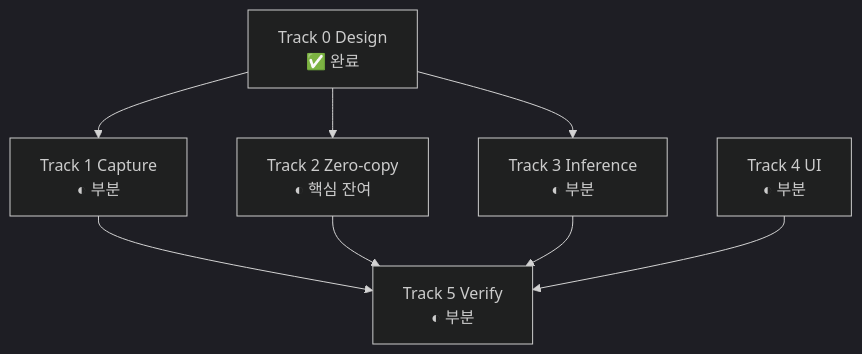
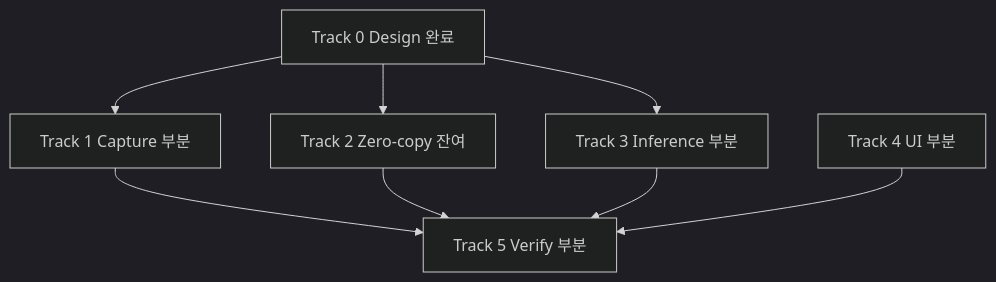
Before and after one commit to NAMUORI00/display-share: the diagram in 개발-현황.md, drawn with Mermaid (dark theme). The commit also changed other lines of this file and 25 other files, not shown here.

First line of the commit message:
docs(wiki): complete pages for current privacy/DXGI architecture

````diff
--- a/개발-현황.md
+++ b/개발-현황.md
@@ -8,10 +8,10 @@
 ```mermaid
 flowchart TB
-  T0["Track 0 Design<br/>✅ 완료"] --> T1["Track 1 Capture<br/>◐ 부분"]
-  T0 --> T2["Track 2 Zero-copy<br/>◐ 핵심 잔여"]
-  T0 --> T3["Track 3 Inference<br/>◐ 부분"]
-  T1 --> T5["Track 5 Verify<br/>◐ 부분"]
+  T0[Track 0 Design 완료] --> T1[Track 1 Capture 부분]
+  T0 --> T2[Track 2 Zero-copy 잔여]
+  T0 --> T3[Track 3 Inference 부분]
+  T1 --> T5[Track 5 Verify 부분]
   T2 --> T5
   T3 --> T5
-  T4["Track 4 UI<br/>◐ 부분"] --> T5
+  T4[Track 4 UI 부분] --> T5
 ```
````
